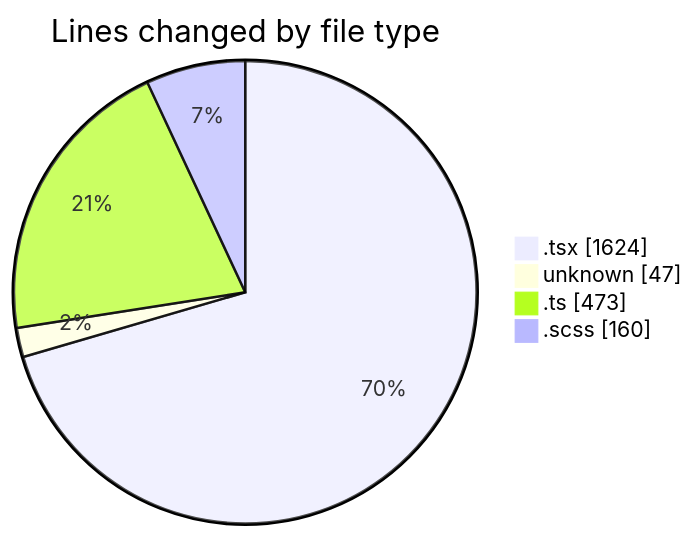
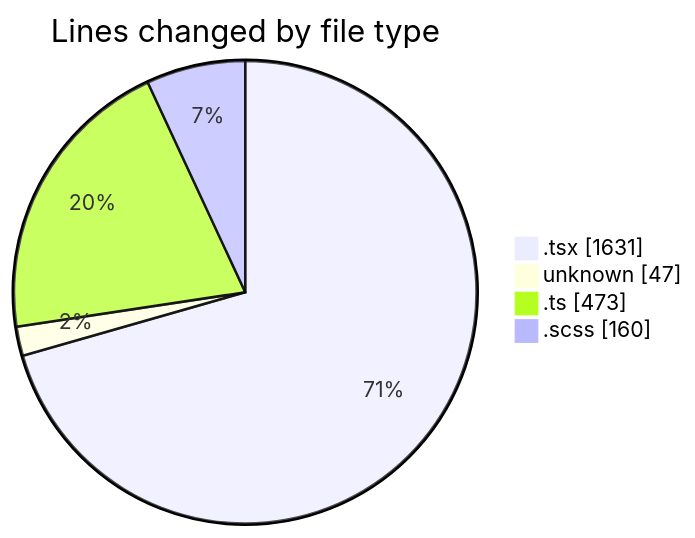
Before and after one commit to momahboobian/code-tracking: the first of 2 diagrams in 2025-09-18/cda/README.md, drawn with Mermaid. The commit also changed other lines of this file and 1 other file, not shown here.

````diff
--- a/2025-09-18/cda/README.md
+++ b/2025-09-18/cda/README.md
@@ -25,8 +25,8 @@
 ```mermaid
 pie showData
 title Lines changed by file type
-".tsx" : 1624
+".tsx" : 1631
 "unknown" : 47
 ".ts" : 473
 ".scss" : 160
 ```
````
